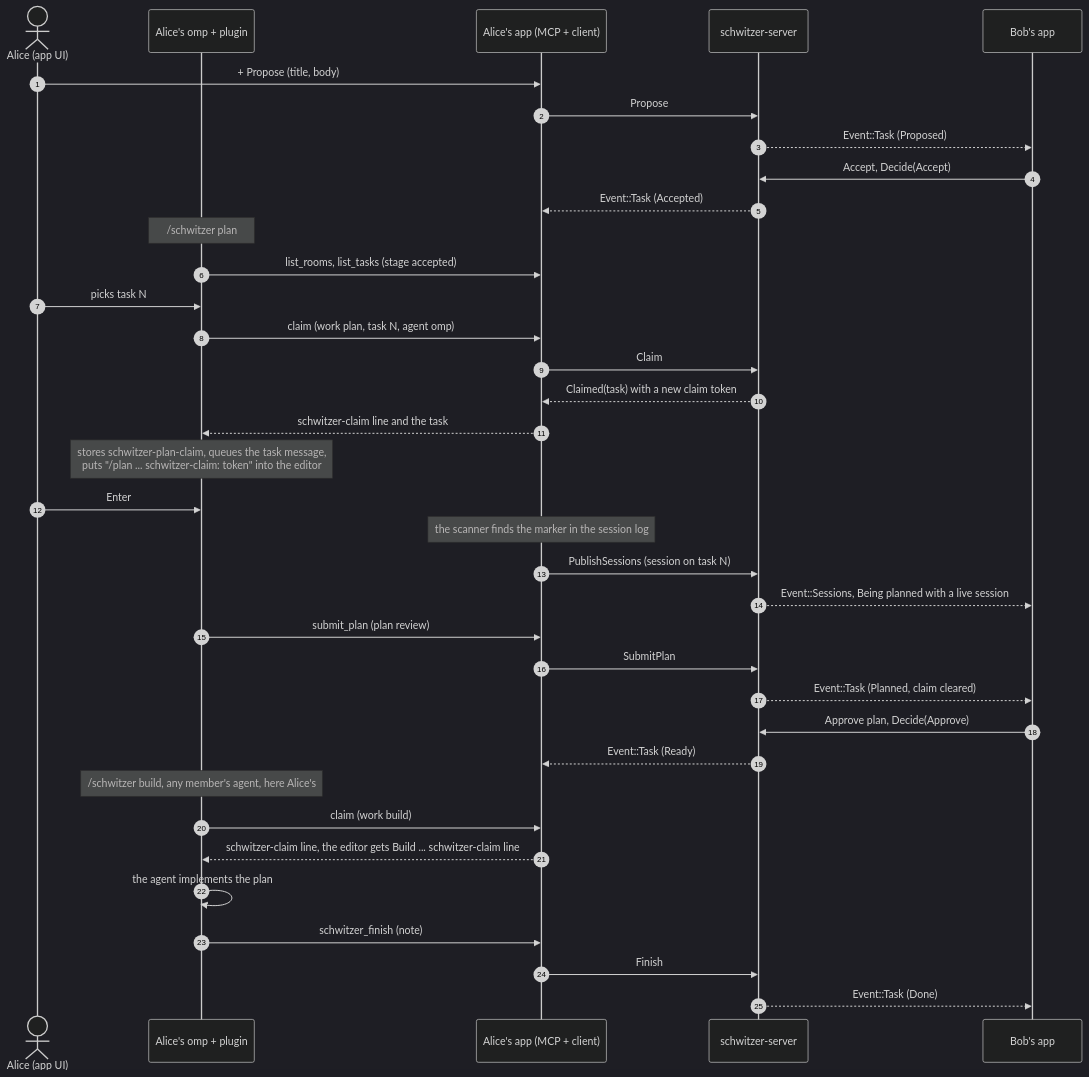
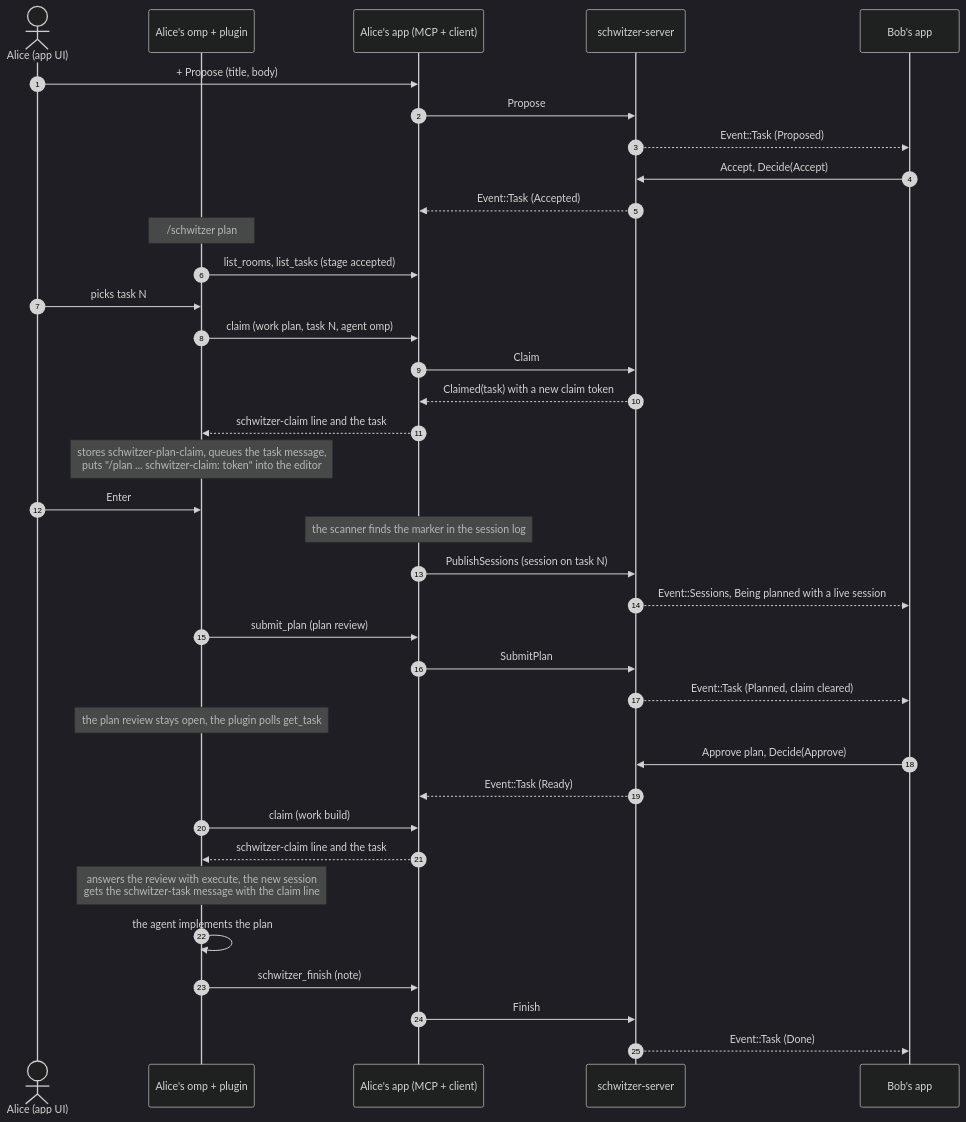
Before and after one commit to griasdi/schwitzer: the sixth of 8 diagrams in docs/ARCHITECTURE.md, drawn with Mermaid (dark theme). The commit also changed other lines of this file and 4 other files, not shown here.

First line of the commit message:
Build an approved plan from the omp session that waits on its review

````diff
--- a/docs/ARCHITECTURE.md
+++ b/docs/ARCHITECTURE.md
@@ -377,38 +377,39 @@
 ```mermaid
 sequenceDiagram
     autonumber
     actor A as Alice (app UI)
     participant P as Alice's omp + plugin
     participant M as Alice's app (MCP + client)
     participant S as schwitzer-server
     participant B as Bob's app
     A->>M: + Propose (title, body)
     M->>S: Propose
     S-->>B: Event::Task (Proposed)
     B->>S: Accept, Decide(Accept)
     S-->>M: Event::Task (Accepted)
     Note over P: /schwitzer plan
     P->>M: list_rooms, list_tasks (stage accepted)
     A->>P: picks task N
     P->>M: claim (work plan, task N, agent omp)
     M->>S: Claim
     S-->>M: Claimed(task) with a new claim token
     M-->>P: schwitzer-claim line and the task
     Note over P: stores schwitzer-plan-claim, queues the task message,<br/>puts "/plan ... schwitzer-claim: token" into the editor
     A->>P: Enter
     Note over M: the scanner finds the marker in the session log
     M->>S: PublishSessions (session on task N)
     S-->>B: Event::Sessions, Being planned with a live session
     P->>M: submit_plan (plan review)
     M->>S: SubmitPlan
     S-->>B: Event::Task (Planned, claim cleared)
+    Note over P: the plan review stays open, the plugin polls get_task
     B->>S: Approve plan, Decide(Approve)
     S-->>M: Event::Task (Ready)
-    Note over P: /schwitzer build, any member's agent, here Alice's
     P->>M: claim (work build)
-    M-->>P: schwitzer-claim line, the editor gets Build ... schwitzer-claim line
+    M-->>P: schwitzer-claim line and the task
+    Note over P: answers the review with execute, the new session<br/>gets the schwitzer-task message with the claim line
     P->>P: the agent implements the plan
     P->>M: schwitzer_finish (note)
     M->>S: Finish
     S-->>B: Event::Task (Done)
 ```
````
